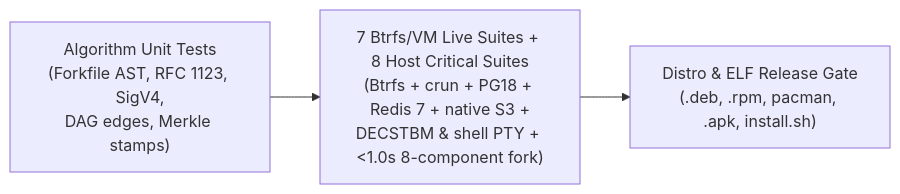
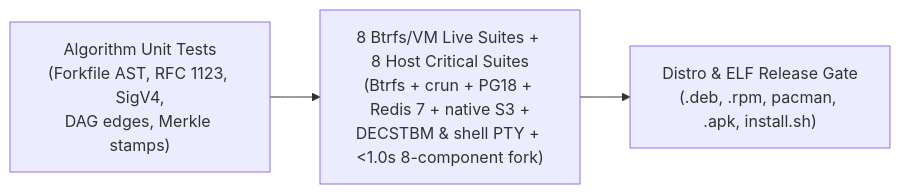
The diagram in TESTING_PLAN.md (OffworldNexus/slipfork), drawn with Mermaid before and after one commit. The commit also changed other lines of this file and 46 other files, not shown here.

````diff
--- a/TESTING_PLAN.md
+++ b/TESTING_PLAN.md
@@ -10,5 +10,5 @@
 ```mermaid
 flowchart LR
-  Unit["Algorithm Unit Tests\n(Forkfile AST, RFC 1123, SigV4,\nDAG edges, Merkle stamps)"] --> Lab["7 Btrfs/VM Live Suites + 8 Host Critical Suites\n(Btrfs + crun + PG18 + Redis 7 + native S3 +\nDECSTBM & shell PTY + <1.0s 8-component fork)"]
+  Unit["Algorithm Unit Tests\n(Forkfile AST, RFC 1123, SigV4,\nDAG edges, Merkle stamps)"] --> Lab["8 Btrfs/VM Live Suites + 8 Host Critical Suites\n(Btrfs + crun + PG18 + Redis 7 + native S3 +\nDECSTBM & shell PTY + <1.0s 8-component fork)"]
   Lab --> Pkg["Distro & ELF Release Gate\n(.deb, .rpm, pacman, .apk, install.sh)"]
 ```
````
